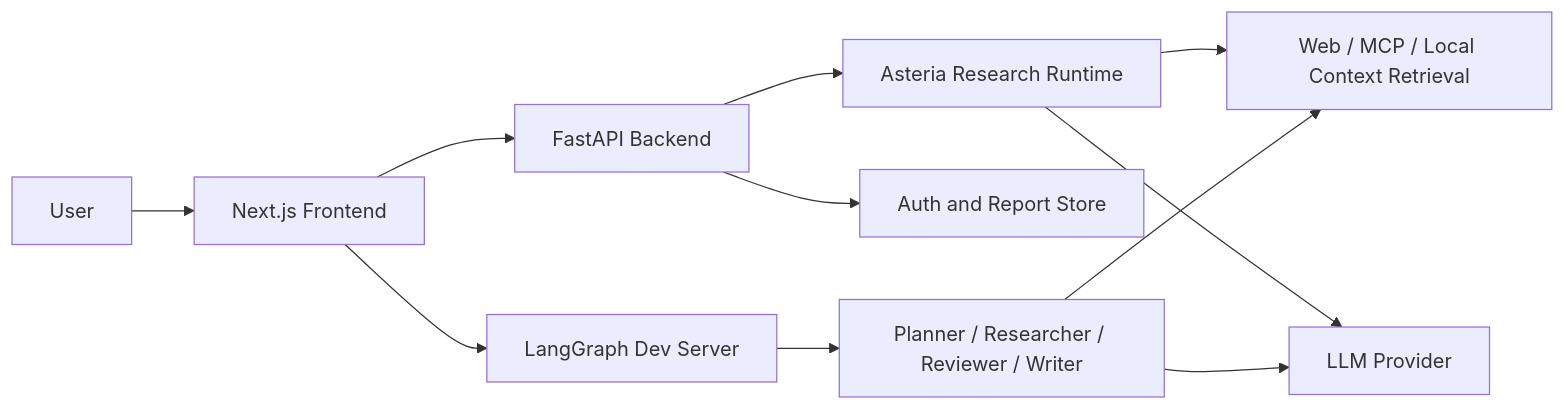
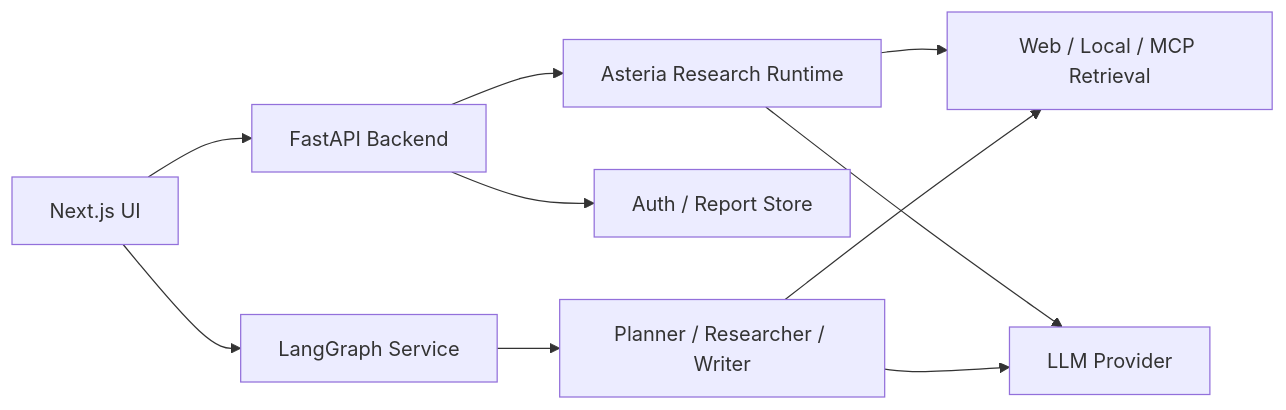
Before and after one commit to blurryface13/asteria-agent: the diagram in README.md, drawn with Mermaid. The commit also changed other lines of this file and 4 other files, not shown here.

````diff
--- a/README.md
+++ b/README.md
@@ -37,13 +17,12 @@
 ```mermaid
 flowchart LR
-    User["User"] --> UI["Next.js Frontend"]
-    UI --> API["FastAPI Backend"]
-    API --> Researcher["Asteria Research Runtime"]
-    API --> Auth["Auth and Report Store"]
-    Researcher --> Search["Web / MCP / Local Context Retrieval"]
-    Researcher --> LLM["LLM Provider"]
-    UI --> Graph["LangGraph Dev Server"]
-    Graph --> Agents["Planner / Researcher / Reviewer / Writer"]
-    Agents --> Search
+    UI["Next.js UI"] --> API["FastAPI Backend"]
+    API --> Runtime["Asteria Research Runtime"]
+    API --> Store["Auth / Report Store"]
+    Runtime --> Retrieval["Web / Local / MCP Retrieval"]
+    Runtime --> LLM["LLM Provider"]
+    UI --> Graph["LangGraph Service"]
+    Graph --> Agents["Planner / Researcher / Writer"]
+    Agents --> Retrieval
     Agents --> LLM
 ```
````
